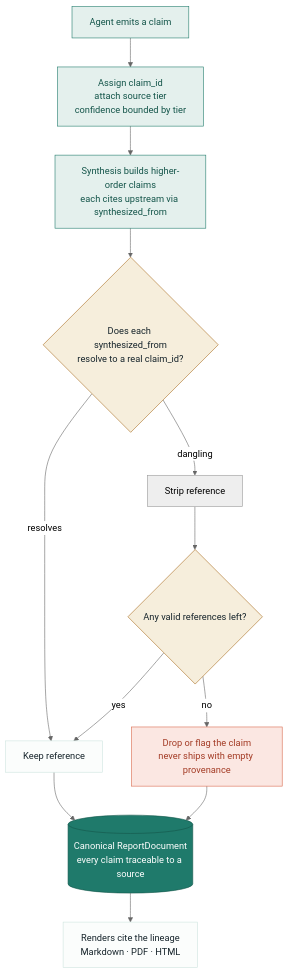
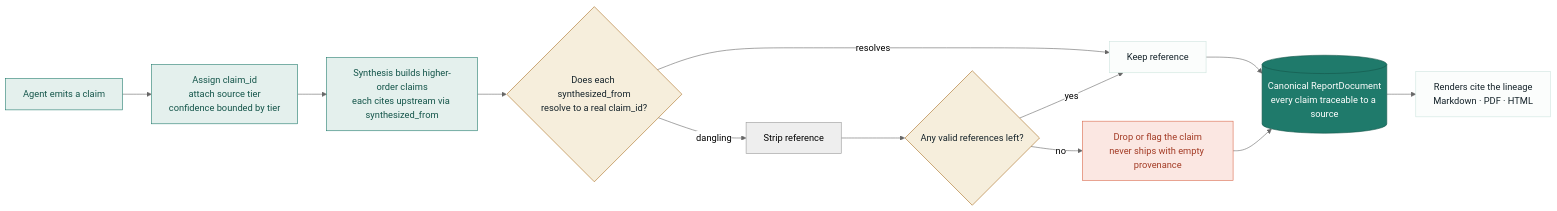
One commit to rbsundaramoorthy/agentic-due-diligence changed the third of 3 diagrams in README.md. Above: the diagram before and after it, drawn with Mermaid (neutral theme).

Commit message:
README.md claenup for readability

````diff
--- a/README.md
+++ b/README.md
@@ -114,26 +114,26 @@
 ```mermaid
-flowchart TD
+flowchart LR
     A["Agent emits a claim"] --> B["Assign claim_id<br/>attach source tier<br/>confidence bounded by tier"]
     B --> SY["Synthesis builds higher-order claims<br/>each cites upstream via synthesized_from"]
     SY --> V{"Does each synthesized_from<br/>resolve to a real claim_id?"}
     V -->|"resolves"| KEEP["Keep reference"]
     V -->|"dangling"| STRIP["Strip reference"]
     STRIP --> CHK{"Any valid references left?"}
     CHK -->|"yes"| KEEP
     CHK -->|"no"| DROP["Drop or flag the claim<br/>never ships with empty provenance"]
     KEEP --> DOC[("Canonical ReportDocument<br/>every claim traceable to a source")]
     DROP --> DOC
     DOC --> R["Renders cite the lineage<br/>Markdown · PDF · HTML"]
 
     classDef model fill:#E4F0ED,stroke:#1F7A6B,color:#14554A;
     classDef check fill:#F6EEDC,stroke:#A86C1F,color:#16242B;
     classDef keep fill:#FBFDFC,stroke:#CDE4DE,color:#16242B;
     classDef bad fill:#FBE7E2,stroke:#D9684B,color:#A33B25;
     classDef doc fill:#1F7A6B,stroke:#14554A,color:#FFFFFF;
     class A,B,SY model;
     class V,CHK check;
     class KEEP keep;
     class DROP bad;
     class DOC doc;
     class R keep;
 ```
````
